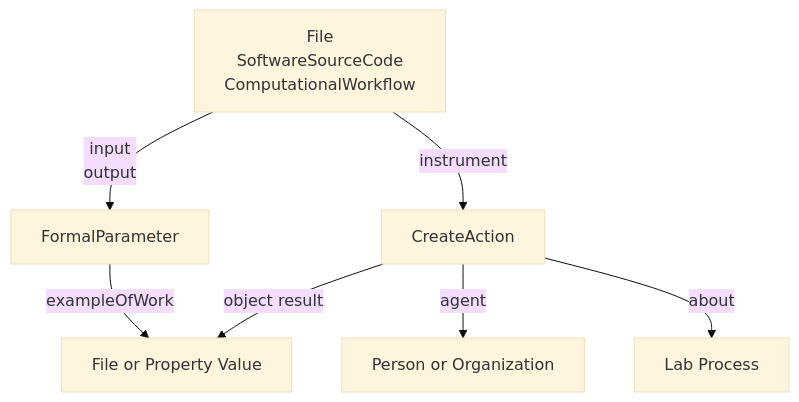
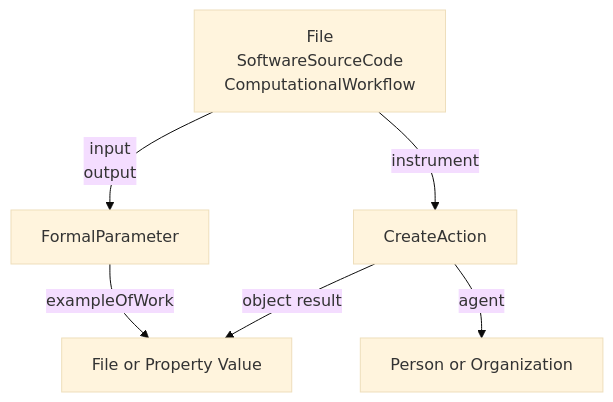
Before and after one commit to nfdi4plants/arc-cwl-ro-crate-profile: the diagram in profile/arc_cwl_ro_crate.md, drawn with Mermaid (base theme). The commit also changed other lines of this file, not shown here.

````diff
--- a/profile/arc_cwl_ro_crate.md
+++ b/profile/arc_cwl_ro_crate.md
@@ -23,9 +24,8 @@
 ```mermaid
 flowchart TD
         A["File\nSoftwareSourceCode\nComputationalWorkflow"] -- "input\noutput" --> B["FormalParameter"]
         A -- "instrument" --> C["CreateAction"]
         C -- "agent" --> D["Person or Organization"]
         B -- "exampleOfWork" --> E["File or Property Value"]
         C -- "object result" --> E
-        C -- "about" --> H["Lab Process"]
 ```
````
